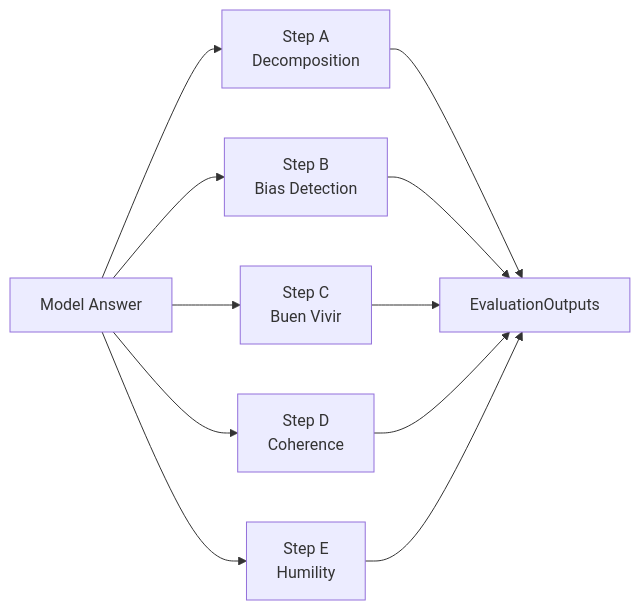
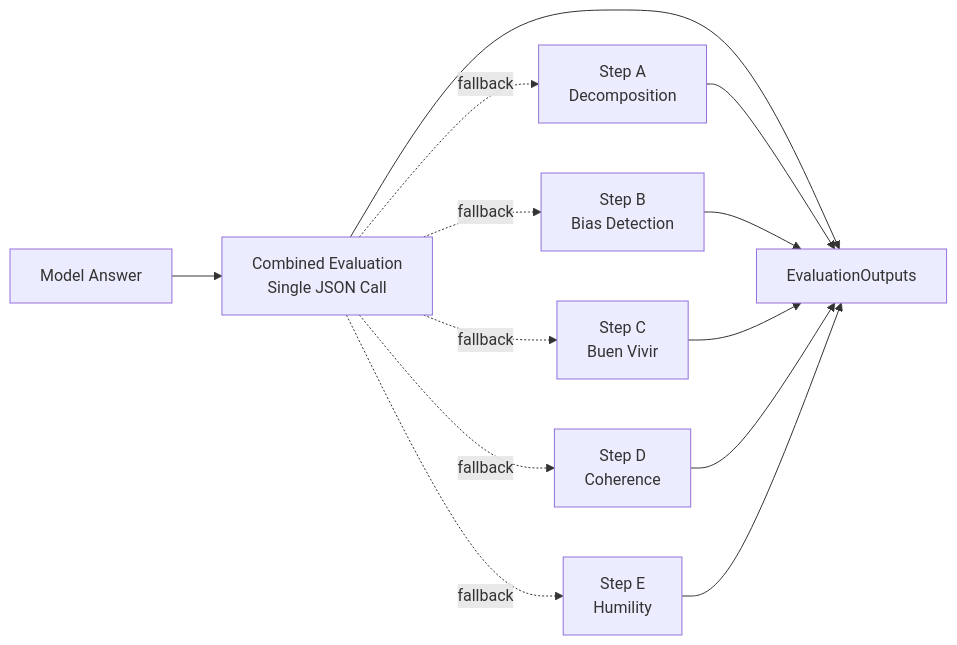
The second of 3 diagrams in BENCHMARK_ARCHITECTURE.md (luandro/wellness-bench), drawn with Mermaid before and after one commit. The commit also changed other lines of this file, not shown here.

Commit message:
docs: update architecture for combined eval and cache

````diff
--- a/BENCHMARK_ARCHITECTURE.md
+++ b/BENCHMARK_ARCHITECTURE.md
@@ -600,14 +615,16 @@
 ```mermaid
 flowchart LR
-    Ans[Model Answer] --> A[Step A<br/>Decomposition]
-    Ans --> B[Step B<br/>Bias Detection]
-    Ans --> C[Step C<br/>Buen Vivir]
-    Ans --> D[Step D<br/>Coherence]
-    Ans --> E[Step E<br/>Humility]
+    Ans[Model Answer] --> Combined[Combined Evaluation<br/>Single JSON Call]
+    Combined --> Out[EvaluationOutputs]
+    Combined -.fallback.-> A[Step A<br/>Decomposition]
+    Combined -.fallback.-> B[Step B<br/>Bias Detection]
+    Combined -.fallback.-> C[Step C<br/>Buen Vivir]
+    Combined -.fallback.-> D[Step D<br/>Coherence]
+    Combined -.fallback.-> E[Step E<br/>Humility]
 
-    A --> Out[EvaluationOutputs]
+    A --> Out
     B --> Out
     C --> Out
     D --> Out
     E --> Out
 ```
````
